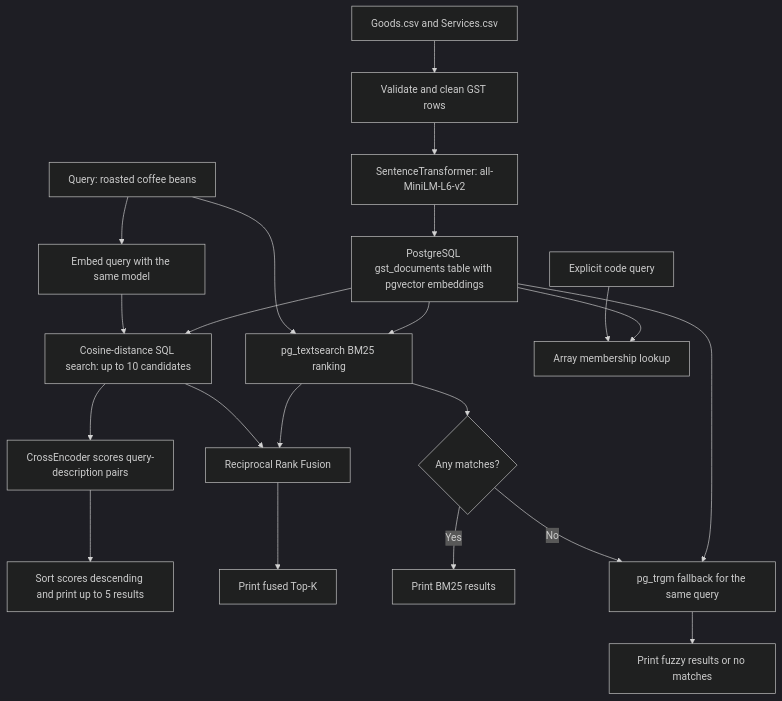
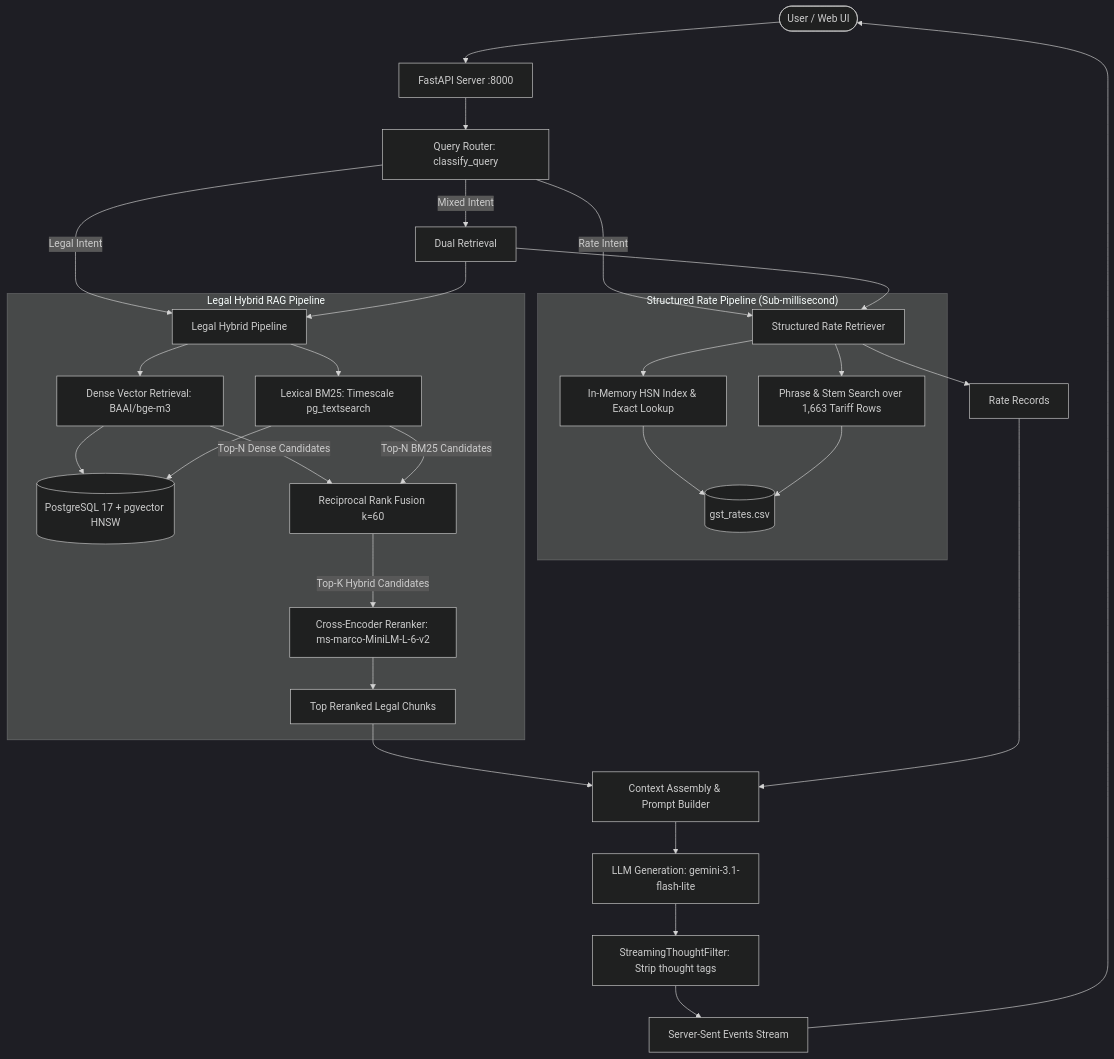
The diagram in docs/project-overview.md (Djinni12/pg-vec-demo), drawn with Mermaid (dark theme) before and after one commit. The commit also changed other lines of this file and 100 other files, not shown here.

Commit message:
simple agent architecture - no langgraph implemented

````diff
--- a/docs/project-overview.md
+++ b/docs/project-overview.md
@@ -13,23 +16,42 @@
 ```mermaid
 flowchart TD
-    A[Goods.csv and Services.csv] --> A1[Validate and clean GST rows]
-    A1 --> B[SentenceTransformer: all-MiniLM-L6-v2]
-    B --> C[PostgreSQL gst_documents table with pgvector embeddings]
-    D[Query: roasted coffee beans] --> E[Embed query with the same model]
-    E --> F[Cosine-distance SQL search: up to 10 candidates]
-    C --> F
-    F --> G[CrossEncoder scores query-description pairs]
-    G --> H[Sort scores descending and print up to 5 results]
-    D --> J[pg_textsearch BM25 ranking]
-    C --> J
-    F --> R[Reciprocal Rank Fusion]
-    J --> R
-    R --> S[Print fused Top-K]
-    J --> L{Any matches?}
-    L -->|Yes| K[Print BM25 results]
-    L -->|No| M[pg_trgm fallback for the same query]
-    C --> M
-    M --> N[Print fuzzy results or no matches]
-    O[Explicit code query] --> P[Array membership lookup]
-    C --> P
+    User([User / Web UI]) --> API[FastAPI Server :8000]
+    API --> QR[Query Router: classify_query]
+    
+    QR -->|Rate Intent| RR[Structured Rate Retriever]
+    QR -->|Legal Intent| LR[Legal Hybrid Pipeline]
+    QR -->|Mixed Intent| MR[Dual Retrieval]
+    
+    subgraph "Structured Rate Pipeline (Sub-millisecond)"
+        RR --> HSNIdx[In-Memory HSN Index & Exact Lookup]
+        RR --> TextSearch[Phrase & Stem Search over 1,663 Tariff Rows]
+        HSNIdx --> RateData[(gst_rates.csv)]
+        TextSearch --> RateData
+    end
+    
+    subgraph "Legal Hybrid RAG Pipeline"
+        LR --> DenseRet[Dense Vector Retrieval: BAAI/bge-m3]
+        LR --> BM25Ret[Lexical BM25: Timescale pg_textsearch]
+        
+        DenseRet --> PG[(PostgreSQL 17 + pgvector HNSW)]
+        BM25Ret --> PG
+        
+        DenseRet -->|Top-N Dense Candidates| RRF[Reciprocal Rank Fusion k=60]
+        BM25Ret -->|Top-N BM25 Candidates| RRF
+        
+        RRF -->|Top-K Hybrid Candidates| CE[Cross-Encoder Reranker: ms-marco-MiniLM-L-6-v2]
+        CE --> TopChunks[Top Reranked Legal Chunks]
+    end
+    
+    MR --> RR
+    MR --> LR
+    
+    RR --> RateResults[Rate Records]
+    TopChunks --> GroundedPrompt[Context Assembly & Prompt Builder]
+    RateResults --> GroundedPrompt
+    
+    GroundedPrompt --> LLM[LLM Generation: gemini-3.1-flash-lite]
+    LLM --> STF[StreamingThoughtFilter: Strip thought tags]
+    STF --> SSE[Server-Sent Events Stream]
+    SSE --> User
 ```
````
